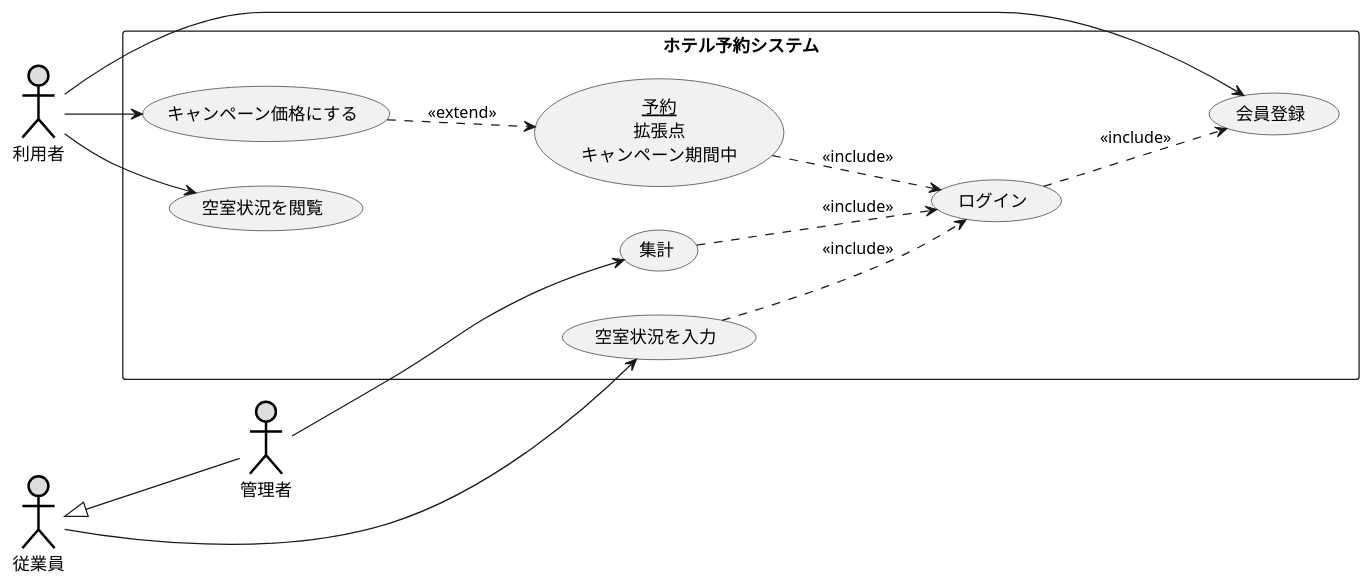
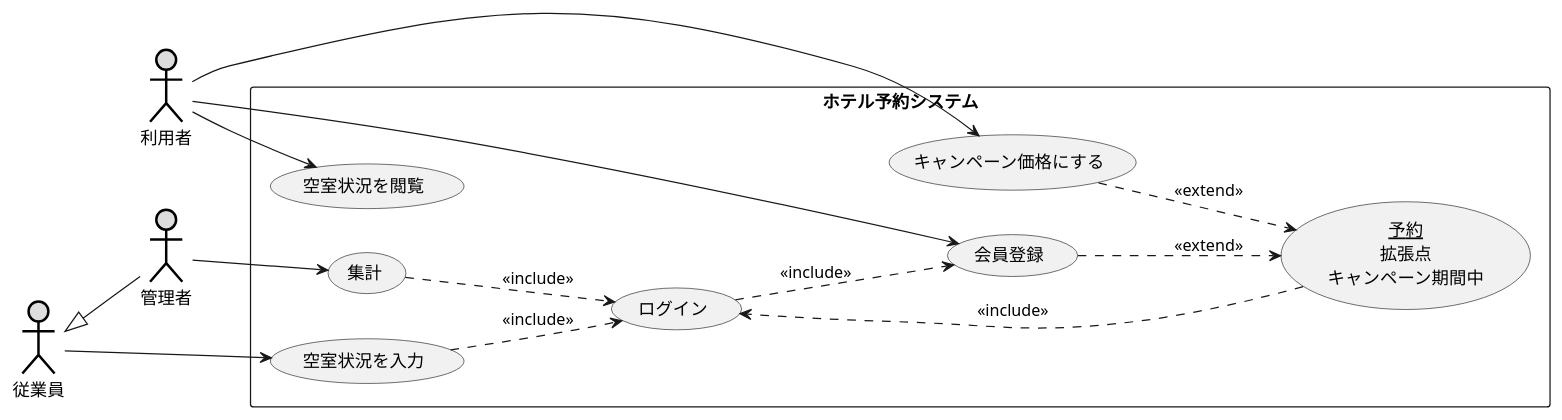
One commit to hatakeyama12/uml-intro changed the diagram in 演習2-8_UC_ホテル予約システム.pu. Above: the diagram before and after it, drawn with PlantUML.

Commit message:
課題２－８を修正

```diff
--- a/演習2-8_UC_ホテル予約システム.pu
+++ b/演習2-8_UC_ホテル予約システム.pu
@@ -1,27 +1,28 @@
 @startuml 演習２－８
 left to right direction
 actor 利用者#DDDDDD;line:black;line.bold;
 actor 従業員#DDDDDD;line:black;line.bold;
 actor 管理者#DDDDDD;line:black;line.bold;
 rectangle ホテル予約システム {
     usecase 空室状況を閲覧
     usecase 空室状況を入力
     usecase 集計
     usecase ログイン
     usecase キャンペーン価格にする
     usecase  (<u>予約</u>\n拡張点\nキャンペーン期間中) as input
     usecase 会員登録
 }
 
 利用者 --> 空室状況を閲覧
 利用者 --> 会員登録
 従業員 --> 空室状況を入力
 管理者 --> 集計
 従業員 <|-- 管理者
 空室状況を入力 ..> ログイン : <<include>>
 集計 ..> ログイン : <<include>>
 利用者 --> キャンペーン価格にする
 キャンペーン価格にする ..> input : <<extend>>
 ログイン ..> 会員登録 : <<include>>
 input ..> ログイン : <<include>>
+会員登録 ..>input : <<extend>>
 @enduml
```
